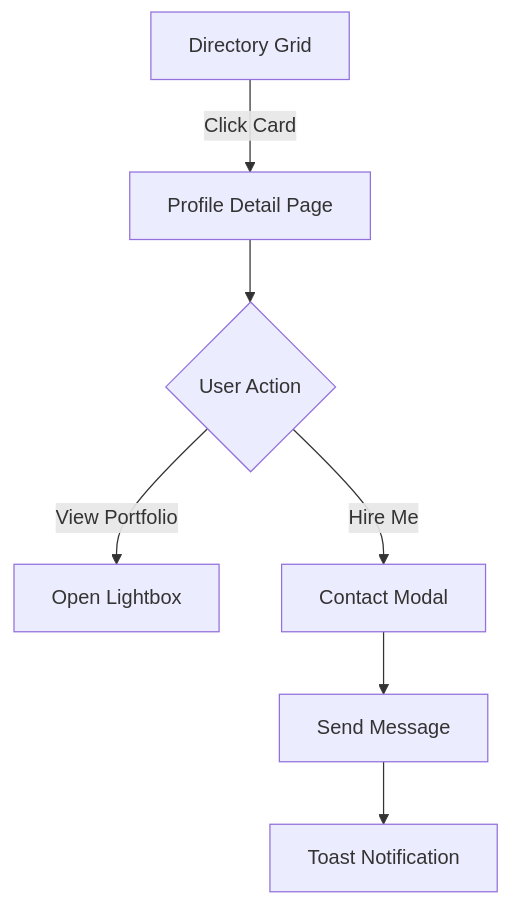
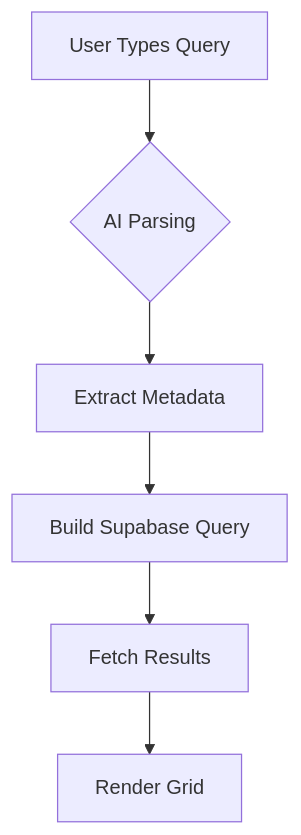
One commit to amo-tech-ai/fashionos100 changed the first of 3 diagrams in docs/tasks/task-07-directory-expansion.md. Above: the diagram before and after it, drawn with Mermaid. The commit also changed other lines of this file and 53 other files, not shown here.

````diff
--- a/docs/tasks/task-07-directory-expansion.md
+++ b/docs/tasks/task-07-directory-expansion.md
@@ -57,9 +79,8 @@
 ```mermaid
 flowchart TD
-    A[Directory Grid] -->|Click Card| B[Profile Detail Page]
-    B --> C{User Action}
-    C -- "View Portfolio" --> D[Open Lightbox]
-    C -- "Hire Me" --> E[Contact Modal]
-    E --> F[Send Message]
-    F --> G[Toast Notification]
+    A[User Types Query] --> B{AI Parsing}
+    B --> C[Extract Metadata]
+    C --> D[Build Supabase Query]
+    D --> E[Fetch Results]
+    E --> F[Render Grid]
 ```
````
